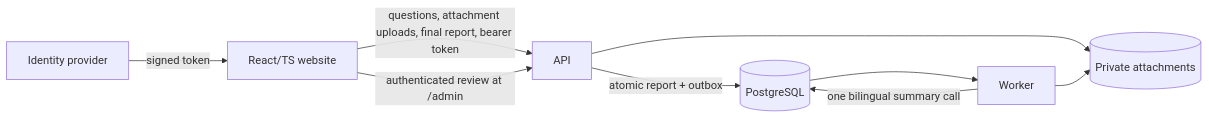
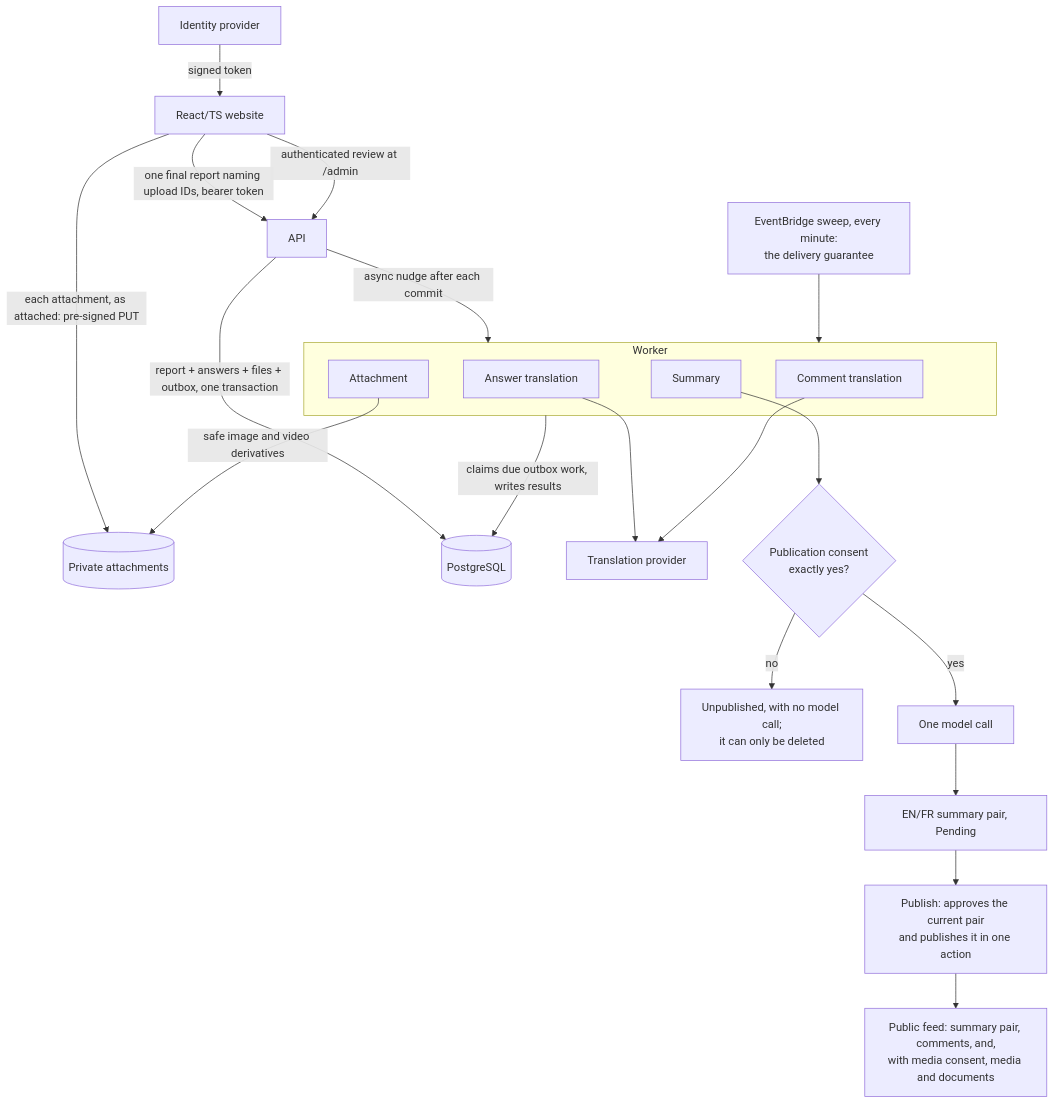
The diagram in docs/architecture.md (HPAC-Safety/safety-report), drawn with Mermaid before and after one commit. The commit also changed other lines of this file and 3 other files, not shown here.

First line of the commit message:
Keep one canonical report-flow diagram, current with ADR-0123 and ADR-0125 (#533)

````diff
--- a/docs/architecture.md
+++ b/docs/architecture.md
@@ -14,11 +17,28 @@
 ```mermaid
-flowchart LR
+flowchart TD
     idp["Identity provider"] -->|"signed token"| web["React/TS website"]
-    web -->|"questions, attachment uploads, final report, bearer token"| api["API"]
+    web -->|"each attachment, as attached: pre-signed PUT"| private[("Private attachments")]
+    web -->|"one final report naming upload IDs, bearer token"| api["API"]
     web -->|"authenticated review at /admin"| api
-    api -->|"atomic report + outbox"| db[("PostgreSQL")]
-    api --> private[("Private attachments")]
-    db --> worker["Worker"]
-    worker -->|"one bilingual summary call"| db
-    worker --> private
+    api -->|"report + answers + files + outbox, one transaction"| db[("PostgreSQL")]
+    api -->|"async nudge after each commit"| worker
+    sweep["EventBridge sweep, every minute:<br/>the delivery guarantee"] --> worker
+    worker -->|"claims due outbox work, writes results"| db
+
+    subgraph worker["Worker"]
+        summary["Summary"]
+        attachment["Attachment"]
+        answerTr["Answer translation"]
+        commentTr["Comment translation"]
+    end
+
+    attachment -->|"safe image and video derivatives"| private
+    answerTr --> translator["Translation provider"]
+    commentTr --> translator
+    summary --> consent{"Publication consent<br/>exactly yes?"}
+    consent -->|"no"| unpublished["Unpublished, with no model call;<br/>it can only be deleted"]
+    consent -->|"yes"| model["One model call"]
+    model --> pair["EN/FR summary pair, Pending"]
+    pair --> publish["Publish: approves the current pair<br/>and publishes it in one action"]
+    publish --> feed["Public feed: summary pair, comments, and,<br/>with media consent, media and documents"]
 ```
````
